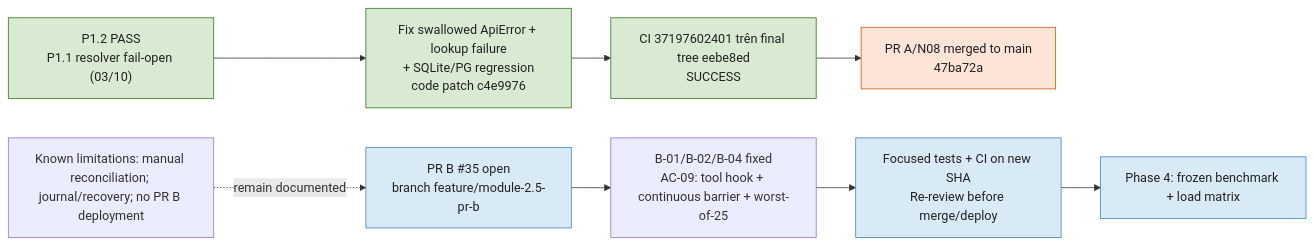
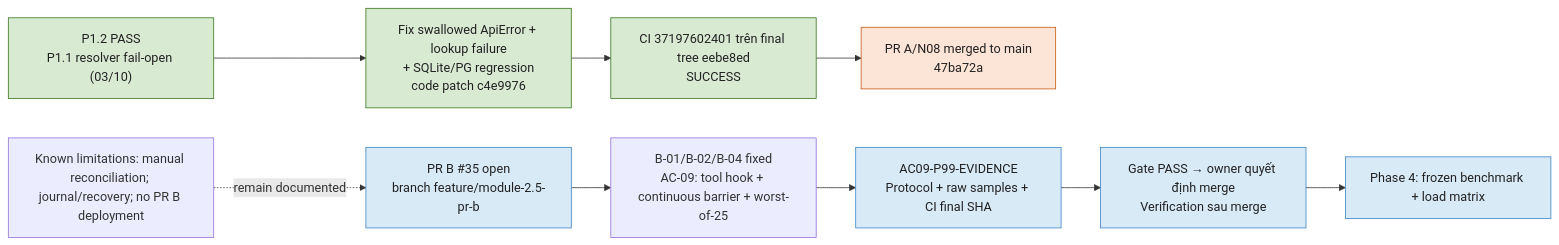
One commit to tuteemovaixlong/CSKH_ban_le changed the first of 2 diagrams in docs/PLAN_EXECUTION_HANDOFF_GPT6_ASTRA.md. Above: the diagram before and after it, drawn with Mermaid. The commit also changed other lines of this file and 10 other files, not shown here.

Commit message:
test(headroom): execute AC09-P99-EVIDENCE protocol across 10 batches and save raw artifact

````diff
--- a/docs/PLAN_EXECUTION_HANDOFF_GPT6_ASTRA.md
+++ b/docs/PLAN_EXECUTION_HANDOFF_GPT6_ASTRA.md
@@ -232,18 +232,19 @@
 ```mermaid
 flowchart LR
     N08["P1.2 PASS<br/>P1.1 resolver fail-open (03/10)"] --> Fix["Fix swallowed ApiError + lookup failure<br/>+ SQLite/PG regression<br/>code patch c4e9976"]
     Fix --> SHA["CI 37197602401 trên final tree eebe8ed<br/>SUCCESS"]
     SHA --> Merge["PR A/N08 merged to main<br/>47ba72a"]
 
     PRB["PR B #35 open<br/>branch feature/module-2.5-pr-b"]
     PRB --> Fix2["B-01/B-02/B-04 fixed<br/>AC-09: tool hook + continuous barrier + worst-of-25"]
-    Fix2 --> Verify["Focused tests + CI on new SHA<br/>Re-review before merge/deploy"]
-    Verify --> Phase4["Phase 4: frozen benchmark + load matrix"]
+    Fix2 --> Verify["AC09-P99-EVIDENCE<br/>Protocol + raw samples + CI final SHA"]
+    Verify --> Owner["Gate PASS → owner quyết định merge<br/>Verification sau merge"]
+    Owner --> Phase4["Phase 4: frozen benchmark + load matrix"]
     Limit["Known limitations: manual reconciliation; journal/recovery; no PR B deployment"] -. "remain documented" .-> PRB
     classDef done fill:#d9ead3,stroke:#38761d,color:#222
     classDef pending fill:#fce4d6,stroke:#c65911,color:#222
     classDef next fill:#d9eaf7,stroke:#3d85c6,color:#222
     class N08,Fix,SHA done
     class Review,Merge pending
-    class PRB,Verify,Phase4 next
+    class PRB,Verify,Owner,Phase4 next
 ```
````
